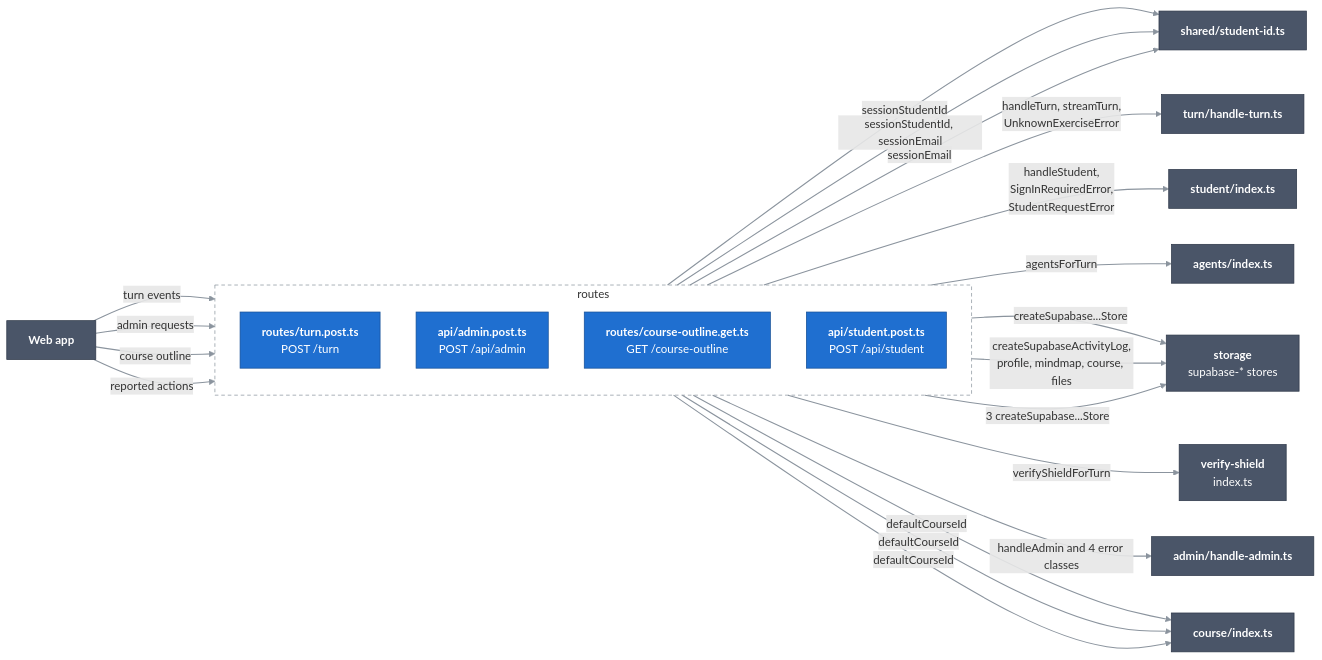
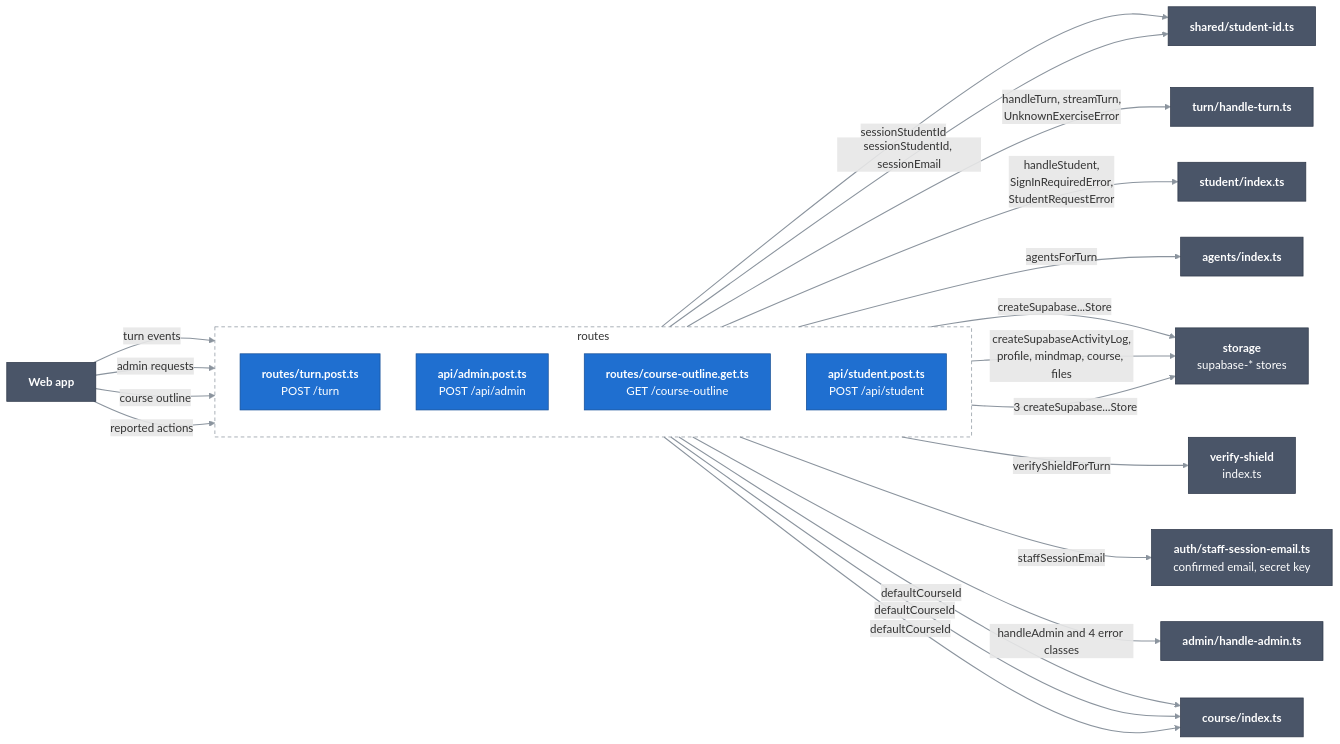
The diagram in docs/c4/03-components/server/01-routes.md (Bill2926/COS40005_HN9_Verifiable_Co-Learner_Agent), drawn with Mermaid before and after one commit. The commit also changed other lines of this file and 40 other files, not shown here.

First line of the commit message:
Keep staff roles on a confirmed email and lock production to DeepSeek (#228).

````diff
--- a/docs/c4/03-components/server/01-routes.md
+++ b/docs/c4/03-components/server/01-routes.md
@@ -10,47 +10,48 @@
 ```mermaid
 flowchart LR
   classDef comp fill:#1f6fd0,stroke:#164f96,color:#ffffff
   classDef near fill:#4a5568,stroke:#2d3748,color:#ffffff
   linkStyle default stroke:#8b949e,stroke-width:1.5px
 
   spa["<b>Web app</b>"]:::near
 
   subgraph routes["routes"]
     direction TB
     turnRoute["<b>routes/turn.post.ts</b><br/>POST /turn"]:::comp
     adminRoute["<b>api/admin.post.ts</b><br/>POST /api/admin"]:::comp
     outlineRoute["<b>routes/course-outline.get.ts</b><br/>GET /course-outline"]:::comp
     studentRoute["<b>api/student.post.ts</b><br/>POST /api/student"]:::comp
   end
 
   handleTurn["<b>turn/handle-turn.ts</b>"]:::near
   handleStudent["<b>student/index.ts</b>"]:::near
   handleAdmin["<b>admin/handle-admin.ts</b>"]:::near
   agents["<b>agents/index.ts</b>"]:::near
   stores["<b>storage</b><br/>supabase-* stores"]:::near
   shield["<b>verify-shield</b><br/>index.ts"]:::near
   studentId["<b>shared/student-id.ts</b>"]:::near
   course["<b>course/index.ts</b>"]:::near
 
   spa ==>|"turn events"| turnRoute
   spa ==>|"admin requests"| adminRoute
   spa ==>|"course outline"| outlineRoute
   spa ==>|"reported actions"| studentRoute
 
   turnRoute -->|"sessionStudentId"| studentId
   studentRoute -->|"sessionStudentId, sessionEmail"| studentId
   turnRoute -->|"handleTurn, streamTurn,<br/>UnknownExerciseError"| handleTurn
   studentRoute -->|"handleStudent,<br/>SignInRequiredError,<br/>StudentRequestError"| handleStudent
   turnRoute -->|"agentsForTurn"| agents
   turnRoute -->|"createSupabase...Store"| stores
   studentRoute -->|"createSupabaseActivityLog,<br/>profile, mindmap, course, files"| stores
   turnRoute -->|"verifyShieldForTurn"| shield
-  adminRoute -->|"sessionEmail"| studentId
+  staffEmail["<b>auth/staff-session-email.ts</b><br/>confirmed email, secret key"]:::near
+  adminRoute -->|"staffSessionEmail"| staffEmail
   adminRoute -->|"handleAdmin and 4 error classes"| handleAdmin
   adminRoute -->|"3 createSupabase...Store"| stores
   outlineRoute -->|"defaultCourseId"| course
   studentRoute -->|"defaultCourseId"| course
   turnRoute -->|"defaultCourseId"| course
 
   style routes fill:none,stroke:#8b949e,stroke-dasharray:5 4
 ```
````
